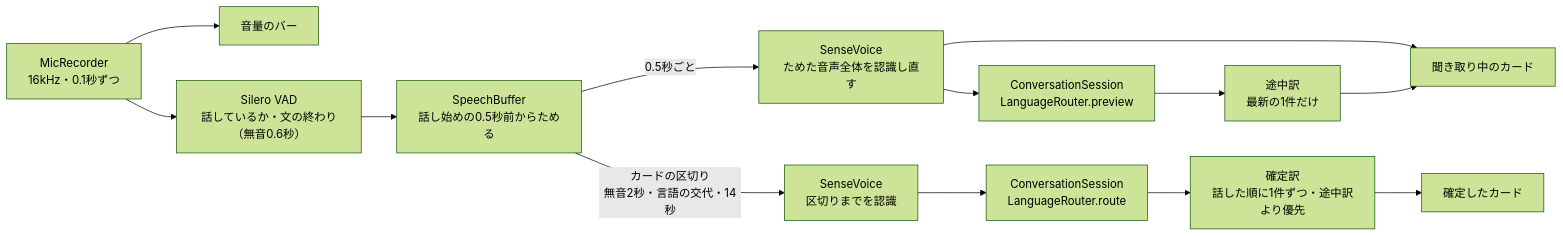
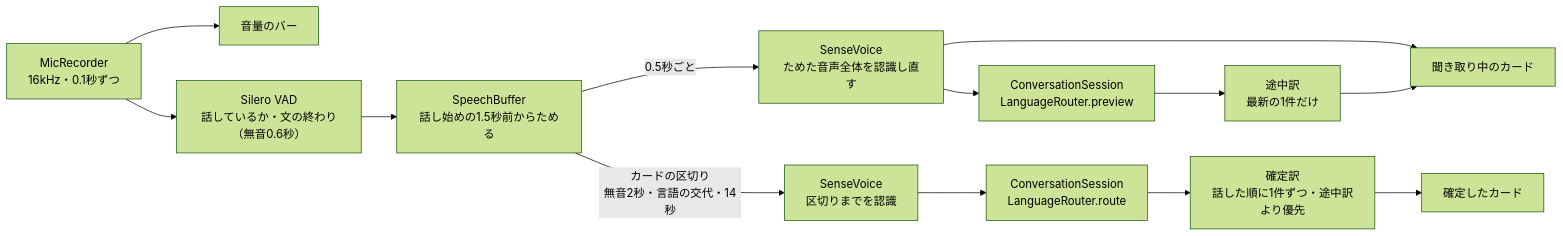
The diagram in docs/設計/会話翻訳.md (kagerouttepaso/PlamoTranslate), drawn with Mermaid (forest theme) before and after one commit. The commit also changed other lines of this file and 13 other files, not shown here.

````diff
--- a/docs/設計/会話翻訳.md
+++ b/docs/設計/会話翻訳.md
@@ -9,13 +9,13 @@
 ```mermaid
 flowchart LR
   MIC["MicRecorder<br>16kHz・0.1秒ずつ"] --> LV["音量のバー"]
   MIC --> VAD["Silero VAD<br>話しているか・文の終わり（無音0.6秒）"]
-  VAD --> BUF["SpeechBuffer<br>話し始めの0.5秒前からためる"]
+  VAD --> BUF["SpeechBuffer<br>話し始めの1.5秒前からためる"]
   BUF -->|0.5秒ごと| PT["SenseVoice<br>ためた音声全体を認識し直す"]
   PT --> PRV["ConversationSession<br>LanguageRouter.preview"] --> PTR["途中訳<br>最新の1件だけ"]
   PT --> LIVE["聞き取り中のカード"]
   PTR --> LIVE
   BUF -->|"カードの区切り<br>無音2秒・言語の交代・14秒"| SV["SenseVoice<br>区切りまでを認識"]
   SV --> RT["ConversationSession<br>LanguageRouter.route"] --> TR["確定訳<br>話した順に1件ずつ・途中訳より優先"]
   TR --> CARD["確定したカード"]
 ```
````
